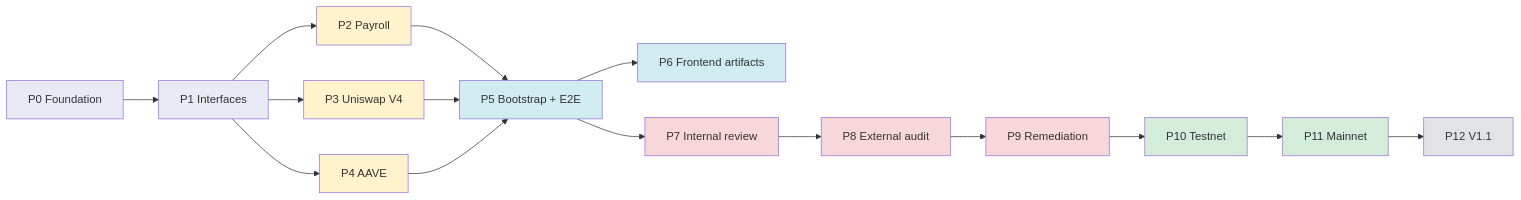
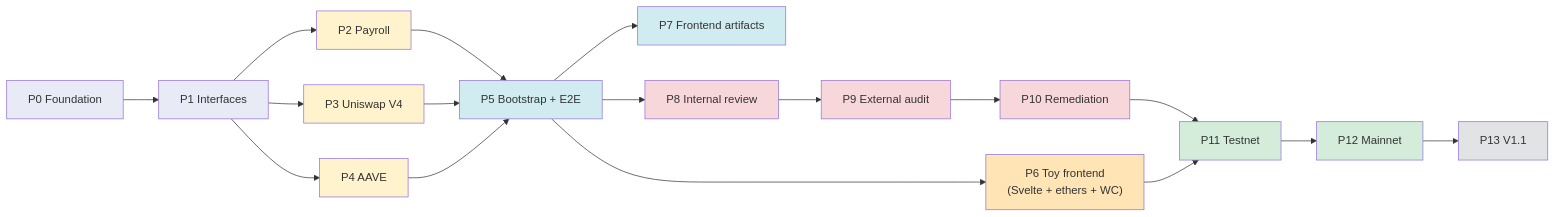
One commit to CyberdyneCorp/cyberdyne_dao_contracts changed the second of 2 diagrams in docs/ROADMAP.md. Above: the diagram before and after it, drawn with Mermaid. The commit also changed other lines of this file and 3 other files, not shown here.

````diff
--- a/docs/ROADMAP.md
+++ b/docs/ROADMAP.md
@@ -62,31 +63,34 @@
 ```mermaid
 flowchart LR
     P0[P0 Foundation] --> P1[P1 Interfaces]
     P1 --> P2[P2 Payroll]
     P1 --> P3[P3 Uniswap V4]
     P1 --> P4[P4 AAVE]
     P2 --> P5[P5 Bootstrap + E2E]
     P3 --> P5
     P4 --> P5
-    P5 --> P6[P6 Frontend artifacts]
-    P5 --> P7[P7 Internal review]
-    P7 --> P8[P8 External audit]
-    P8 --> P9[P9 Remediation]
-    P9 --> P10[P10 Testnet]
-    P10 --> P11[P11 Mainnet]
-    P11 --> P12[P12 V1.1]
+    P5 --> P6["P6 Toy frontend<br/>(Svelte + ethers + WC)"]
+    P5 --> P7[P7 Frontend artifacts]
+    P5 --> P8[P8 Internal review]
+    P8 --> P9[P9 External audit]
+    P9 --> P10[P10 Remediation]
+    P10 --> P11[P11 Testnet]
+    P6 --> P11
+    P11 --> P12[P12 Mainnet]
+    P12 --> P13[P13 V1.1]
 
     style P0 fill:#e8eaf6
     style P1 fill:#e8eaf6
     style P2 fill:#fff3cd
     style P3 fill:#fff3cd
     style P4 fill:#fff3cd
     style P5 fill:#d1ecf1
-    style P6 fill:#d1ecf1
-    style P7 fill:#f8d7da
+    style P6 fill:#ffe4b5
+    style P7 fill:#d1ecf1
     style P8 fill:#f8d7da
     style P9 fill:#f8d7da
-    style P10 fill:#d4edda
+    style P10 fill:#f8d7da
     style P11 fill:#d4edda
-    style P12 fill:#e2e3e5
+    style P12 fill:#d4edda
+    style P13 fill:#e2e3e5
 ```
````
